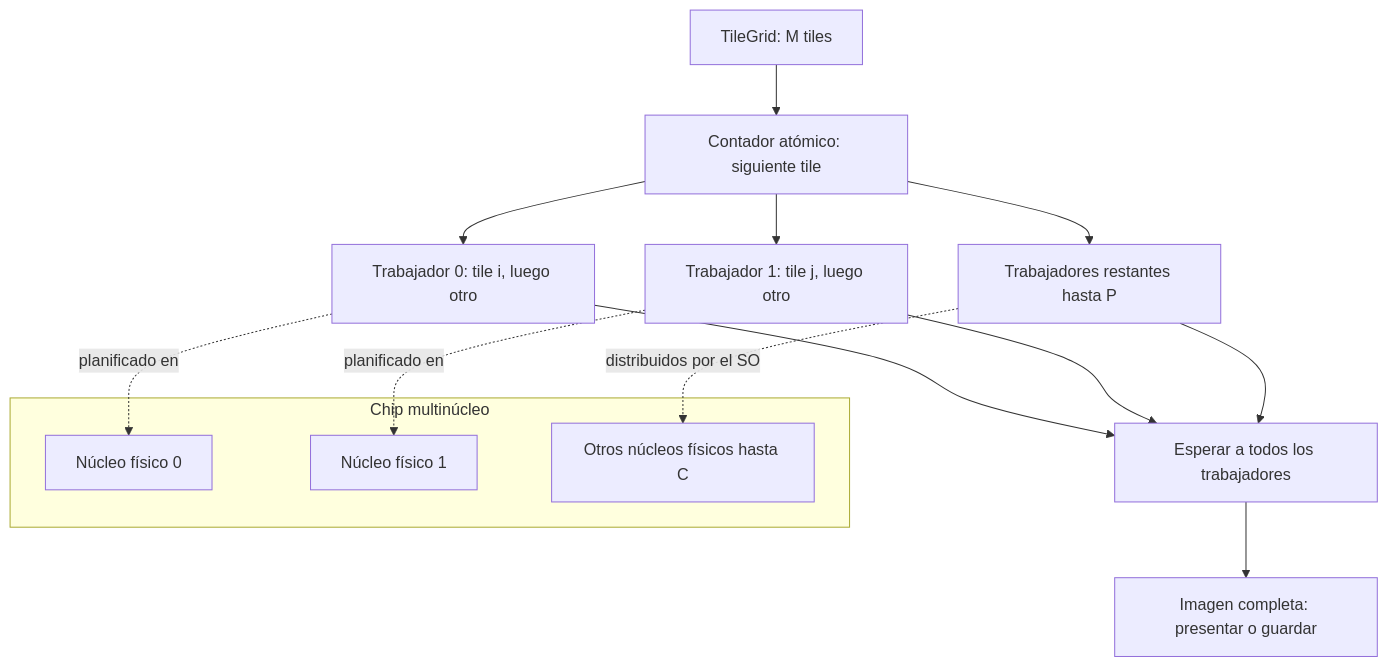
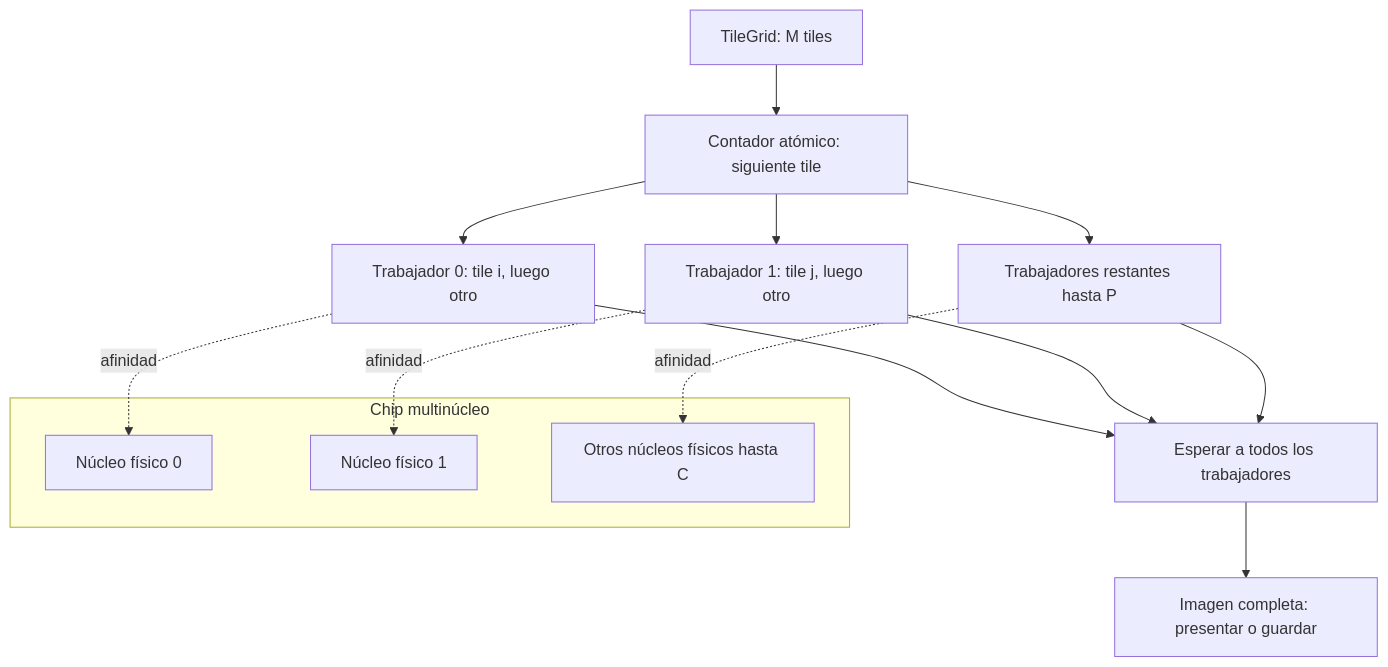
Before and after one commit to Fabbbri/fgonzalez_a2_2026_s2: the fifth of 5 diagrams in ray tracing/docs/diseno.md, drawn with Mermaid. The commit also changed other lines of this file and 2 other files, not shown here.

````diff
--- a/ray tracing/docs/diseno.md
+++ b/ray tracing/docs/diseno.md
@@ -199,19 +204,19 @@
 ```mermaid
 flowchart TD
     A[TileGrid: M tiles] --> B[Contador atómico: siguiente tile]
     B --> W0[Trabajador 0: tile i, luego otro]
     B --> W1[Trabajador 1: tile j, luego otro]
     B --> WP[Trabajadores restantes hasta P]
     subgraph CPU[Chip multinúcleo]
         N0[Núcleo físico 0]
         N1[Núcleo físico 1]
         NP[Otros núcleos físicos hasta C]
     end
-    W0 -. planificado en .-> N0
-    W1 -. planificado en .-> N1
-    WP -. distribuidos por el SO .-> NP
+    W0 -. afinidad .-> N0
+    W1 -. afinidad .-> N1
+    WP -. afinidad .-> NP
     W0 --> F[Esperar a todos los trabajadores]
     W1 --> F
     WP --> F
     F --> G[Imagen completa: presentar o guardar]
 ```
````
